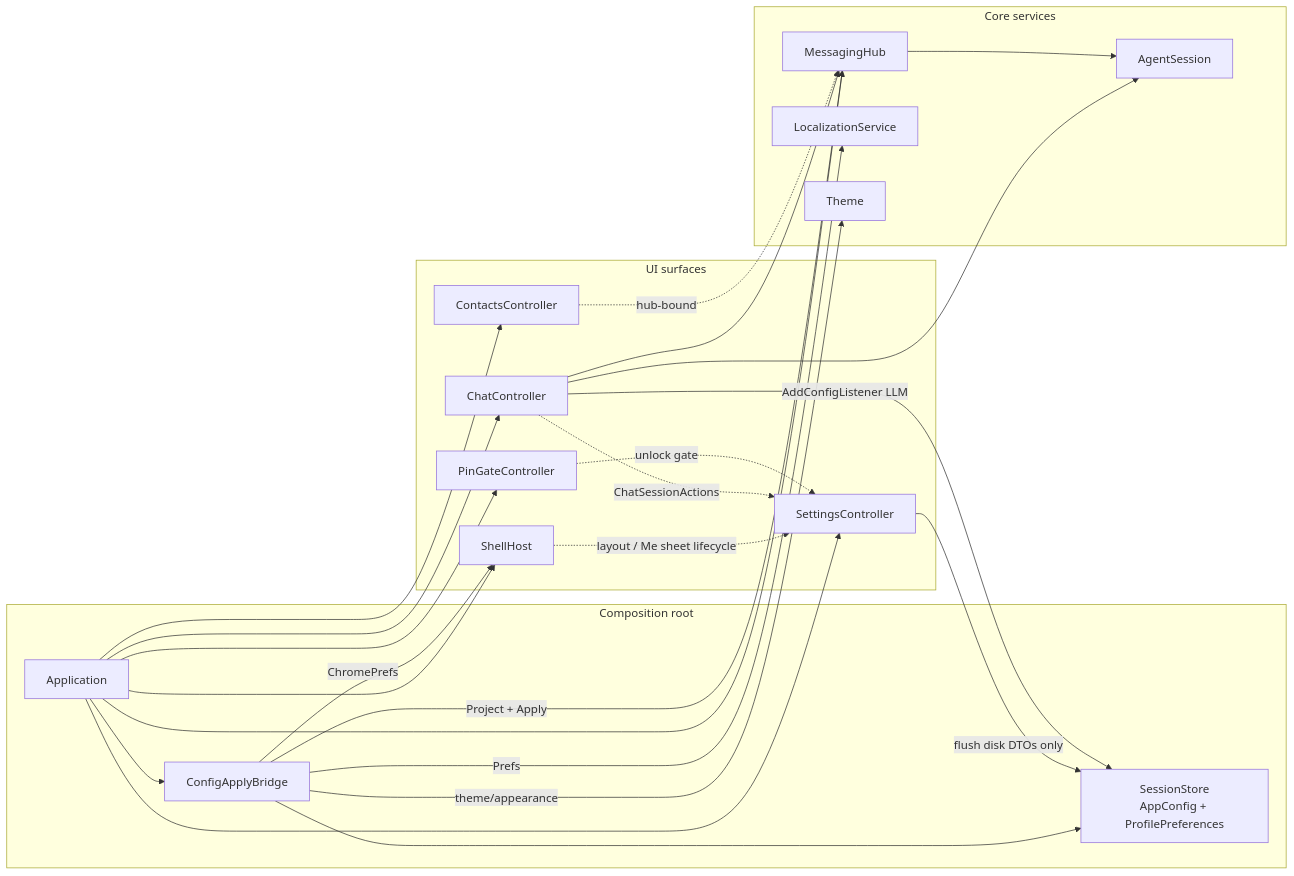
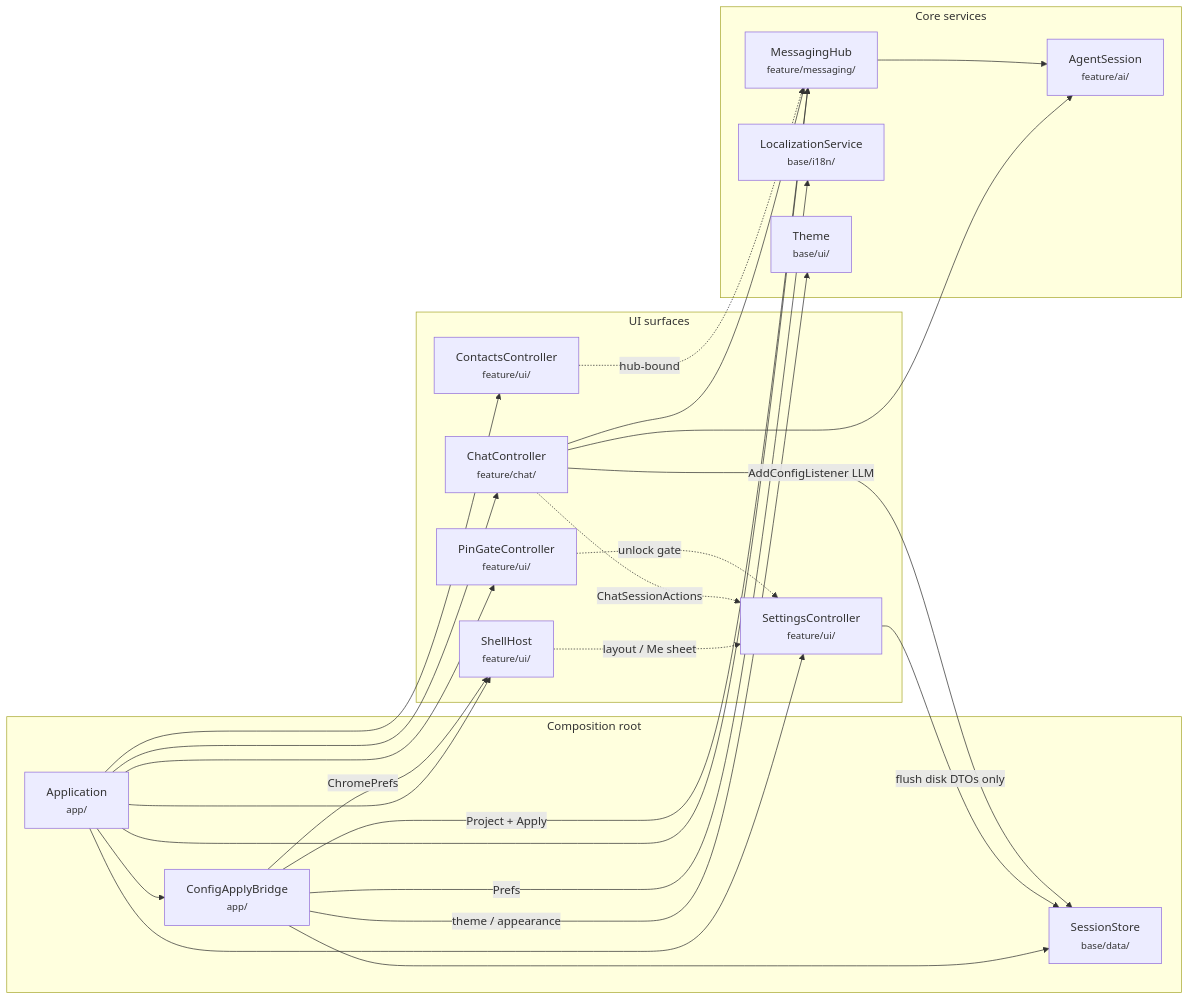
The second of 4 diagrams in docs/architecture/RUNTIME_COMPOSITION.md (people-post/pp-browser), drawn with Mermaid before and after one commit. The commit also changed other lines of this file and 1 other file, not shown here.

Commit message:
Design diagrams

````diff
--- a/docs/architecture/RUNTIME_COMPOSITION.md
+++ b/docs/architecture/RUNTIME_COMPOSITION.md
@@ -78,48 +79,48 @@
 ```mermaid
 flowchart LR
   subgraph composition["Composition root"]
-    App["Application"]
-    Bridge["ConfigApplyBridge"]
-    Store["SessionStore<br/>AppConfig + ProfilePreferences"]
+    App["Application<br/><small>app/</small>"]
+    Bridge["ConfigApplyBridge<br/><small>app/</small>"]
+    Store["SessionStore<br/><small>base/data/</small>"]
   end
 
   subgraph surfaces["UI surfaces"]
-    Shell["ShellHost"]
-    Settings["SettingsController"]
-    Chat["ChatController"]
-    Contacts["ContactsController"]
-    Pin["PinGateController"]
+    Shell["ShellHost<br/><small>feature/ui/</small>"]
+    Settings["SettingsController<br/><small>feature/ui/</small>"]
+    Chat["ChatController<br/><small>feature/chat/</small>"]
+    Contacts["ContactsController<br/><small>feature/ui/</small>"]
+    Pin["PinGateController<br/><small>feature/ui/</small>"]
   end
 
   subgraph services["Core services"]
-    Hub["MessagingHub"]
-    Agent["AgentSession"]
-    Locale["LocalizationService"]
-    Theme["Theme"]
+    Hub["MessagingHub<br/><small>feature/messaging/</small>"]
+    Agent["AgentSession<br/><small>feature/ai/</small>"]
+    Locale["LocalizationService<br/><small>base/i18n/</small>"]
+    ThemeNode["Theme<br/><small>base/ui/</small>"]
   end
 
   App --> Bridge
   App --> Hub
   App --> Shell
   App --> Chat
   App --> Settings
   App --> Contacts
   App --> Pin
 
   Bridge --> Store
   Bridge -->|Project + Apply| Hub
   Bridge -->|ChromePrefs| Shell
   Bridge -->|Prefs| Locale
-  Bridge -->|theme/appearance| Theme
+  Bridge -->|theme / appearance| ThemeNode
 
   Settings -->|flush disk DTOs only| Store
   Chat -->|AddConfigListener LLM| Store
   Chat --> Hub
   Chat --> Agent
   Hub --> Agent
 
-  Shell -.->|layout / Me sheet lifecycle| Settings
+  Shell -.->|layout / Me sheet| Settings
   Chat -.->|ChatSessionActions| Settings
   Pin -.->|unlock gate| Settings
   Contacts -.->|hub-bound| Hub
 ```
````
